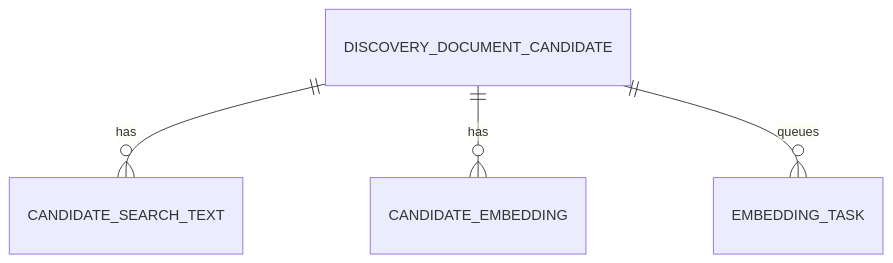
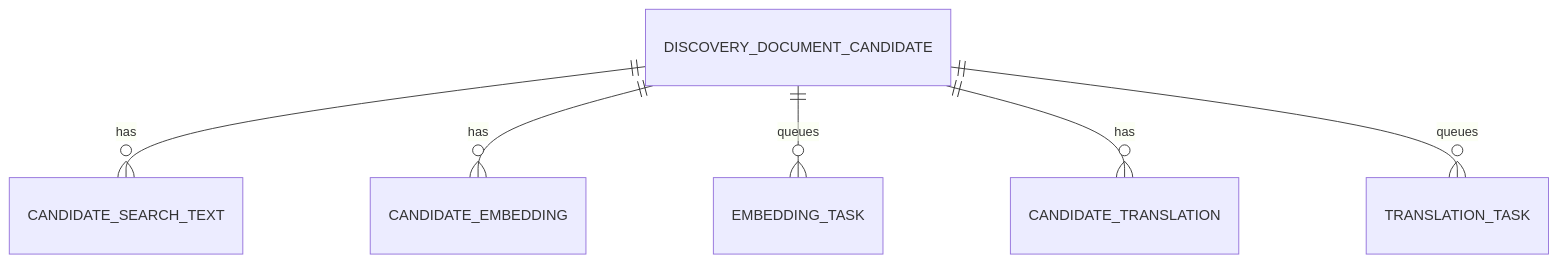
The second of 3 diagrams in .plans/search-first/00-architecture.md (vadim-schultz/redtape), drawn with Mermaid before and after one commit. The commit also changed other lines of this file and 23 other files, not shown here.

First line of the commit message:
docs(plans): add combined ranking and document translation chapters to search-first

````diff
--- a/.plans/search-first/00-architecture.md
+++ b/.plans/search-first/00-architecture.md
@@ -57,6 +65,8 @@
 ```mermaid
 erDiagram
   DISCOVERY_DOCUMENT_CANDIDATE ||--o{ CANDIDATE_SEARCH_TEXT : has
   DISCOVERY_DOCUMENT_CANDIDATE ||--o{ CANDIDATE_EMBEDDING : has
   DISCOVERY_DOCUMENT_CANDIDATE ||--o{ EMBEDDING_TASK : queues
+  DISCOVERY_DOCUMENT_CANDIDATE ||--o{ CANDIDATE_TRANSLATION : has
+  DISCOVERY_DOCUMENT_CANDIDATE ||--o{ TRANSLATION_TASK : queues
 ```
````
